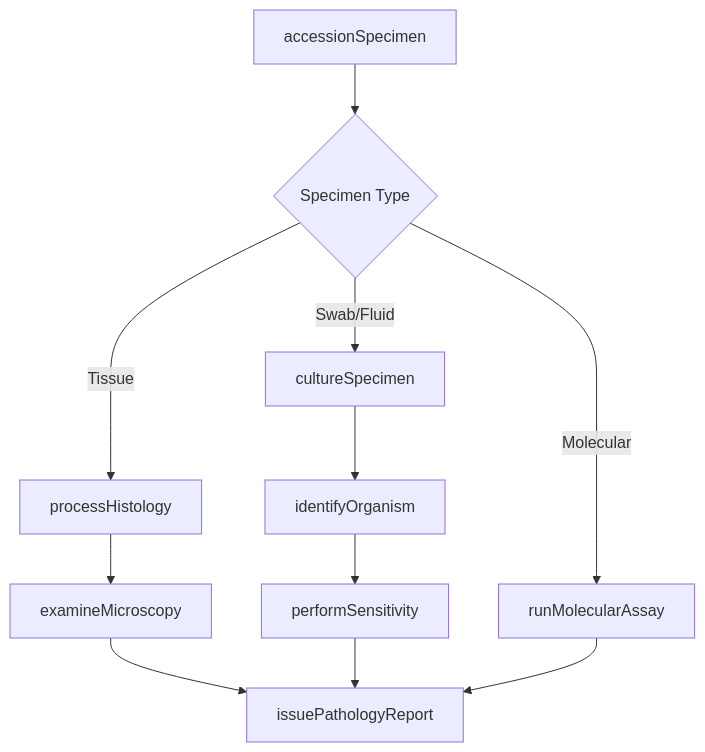
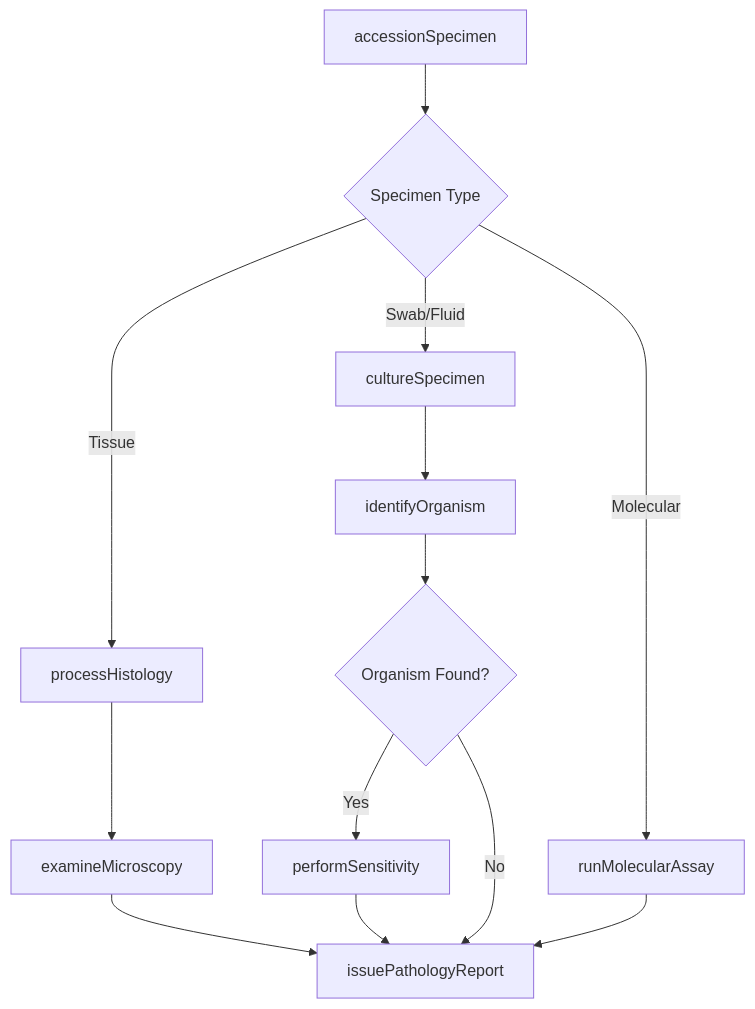
One commit to dot-org-ai/tasks.org.ai changed the third of 4 diagrams in InspectingEquipmentStructuresOrMaterials/AdministerDiagnosticTestsToAssessPatientHealth/TestBiologicalSpecimensGatherInformation.mdx. Above: the diagram before and after it, drawn with Mermaid. The commit also changed other lines of this file and 504 other files, not shown here.

First line of the commit message:
feat: Add ER diagrams, state diagrams, and workflow improvements to 96 DWA task files

````diff
--- a/InspectingEquipmentStructuresOrMaterials/AdministerDiagnosticTestsToAssessPatientHealth/TestBiologicalSpecimensGatherInformation.mdx
+++ b/InspectingEquipmentStructuresOrMaterials/AdministerDiagnosticTestsToAssessPatientHealth/TestBiologicalSpecimensGatherInformation.mdx
@@ -93,13 +125,15 @@
 ```mermaid
 graph TD
     A[accessionSpecimen] --> B{Specimen Type}
     B -->|Tissue| C[processHistology]
     B -->|Swab/Fluid| D[cultureSpecimen]
     B -->|Molecular| E[runMolecularAssay]
     C --> F[examineMicroscopy]
     D --> G[identifyOrganism]
-    G --> H[performSensitivity]
-    F --> I[issuePathologyReport]
-    H --> I
-    E --> I
+    G --> H{Organism Found?}
+    H -->|Yes| I[performSensitivity]
+    H -->|No| J[issuePathologyReport]
+    F --> J
+    I --> J
+    E --> J
 ```
````
